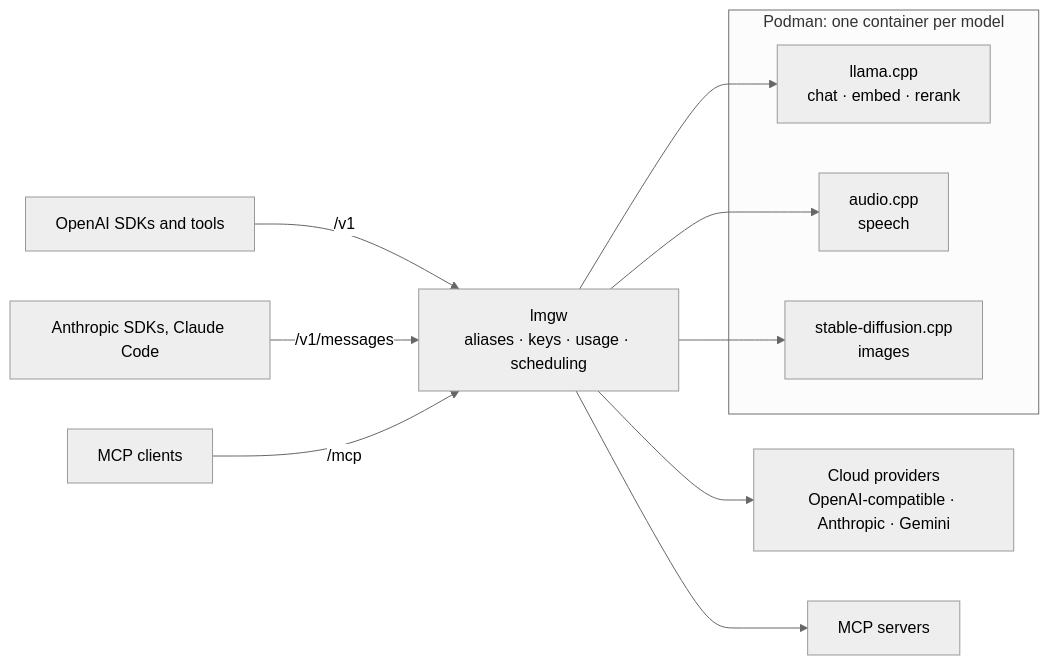
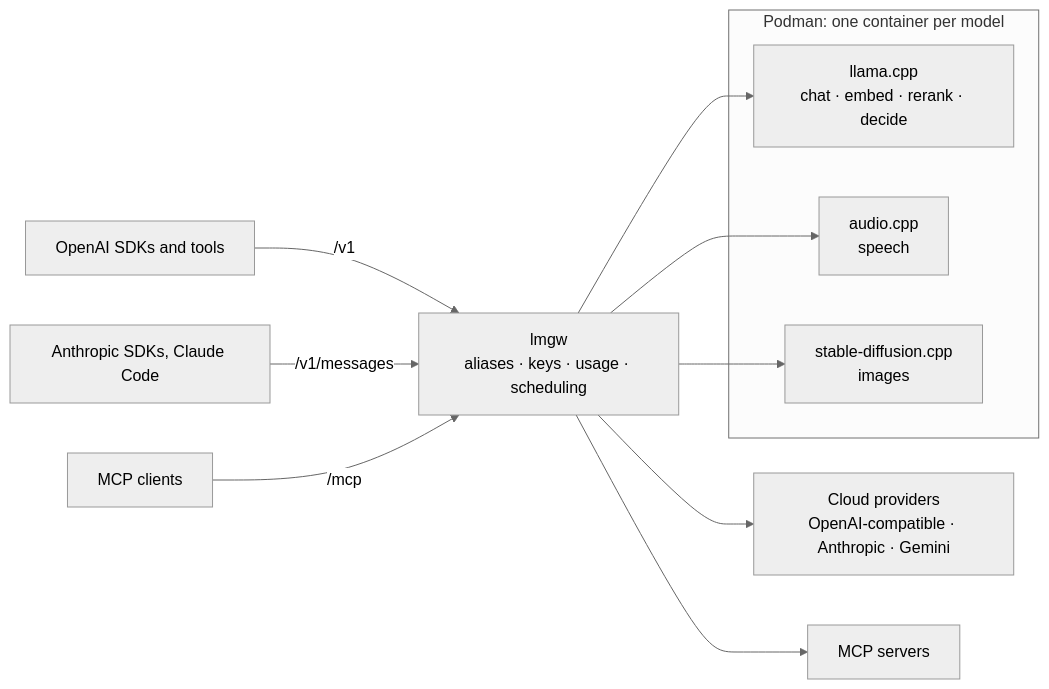
Before and after one commit to lmgw-dev/lmgw: the diagram in README.md, drawn with Mermaid (neutral theme). The commit also changed other lines of this file and 1215 other files, not shown here.

````diff
--- a/README.md
+++ b/README.md
@@ -112,15 +124,15 @@
 ```mermaid
 flowchart LR
     oai["OpenAI SDKs and tools"] -->|/v1| gw
     ant["Anthropic SDKs, Claude Code"] -->|/v1/messages| gw
     mcpc["MCP clients"] -->|/mcp| gw
     gw["lmgw<br/>aliases · keys · usage · scheduling"]
     gw --> cloud["Cloud providers<br/>OpenAI-compatible · Anthropic · Gemini"]
     gw --> mcps["MCP servers"]
     subgraph podman["Podman: one container per model"]
-        llama["llama.cpp<br/>chat · embed · rerank"]
+        llama["llama.cpp<br/>chat · embed · rerank · decide"]
         audio["audio.cpp<br/>speech"]
         sd["stable-diffusion.cpp<br/>images"]
     end
     gw --> llama & audio & sd
 ```
````
